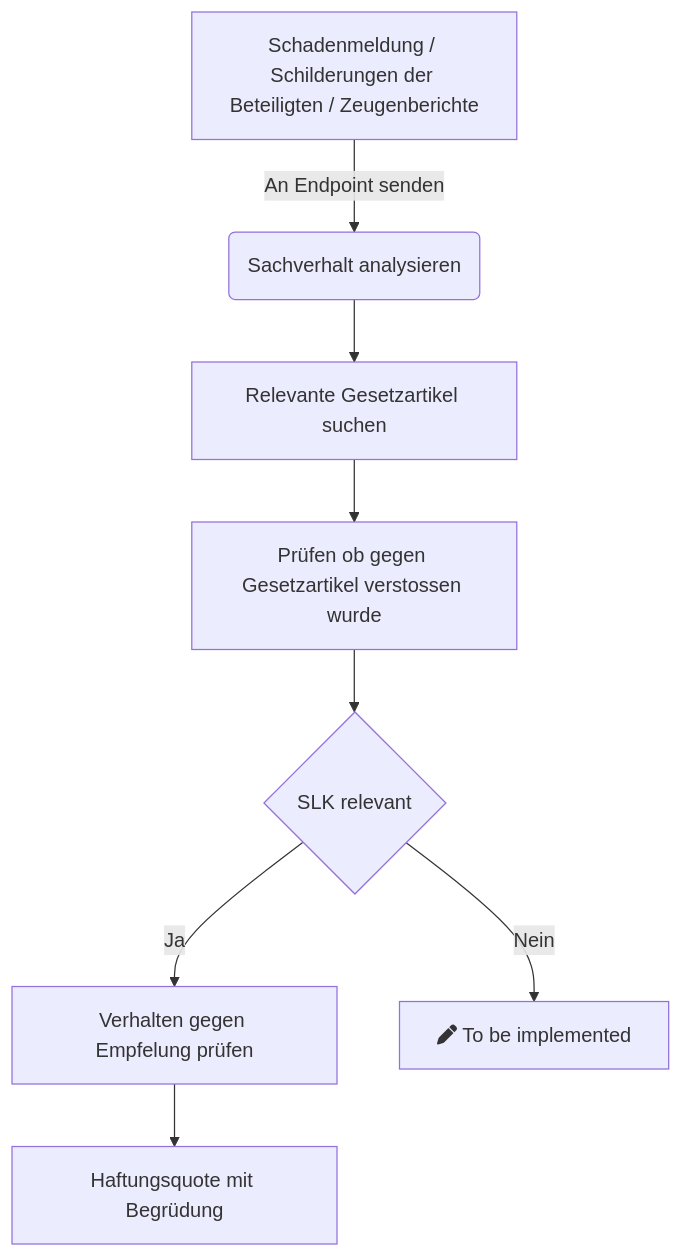
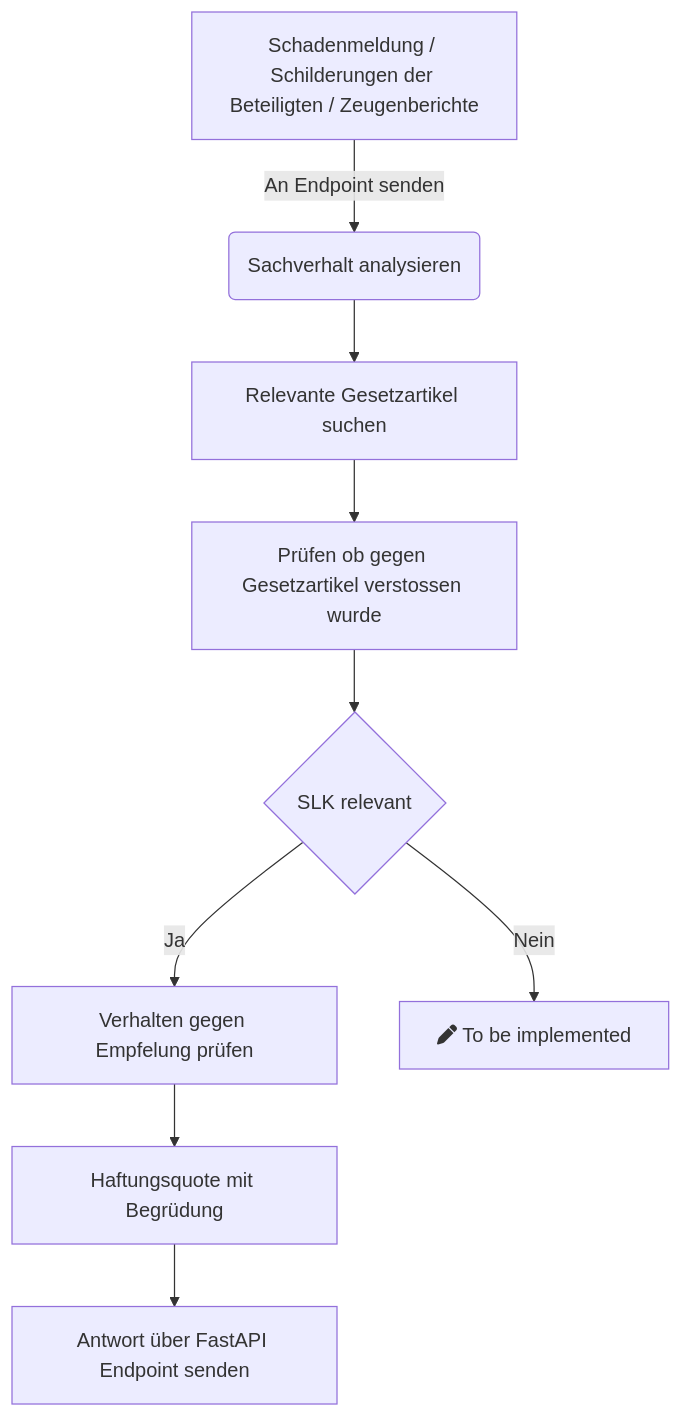
The diagram in README.md (eglisi1/axa_hackathon), drawn with Mermaid before and after one commit. The commit also changed other lines of this file, not shown here.

````diff
--- a/README.md
+++ b/README.md
@@ -27,10 +36,11 @@
 ```mermaid
 flowchart TD
     A[Schadenmeldung / Schilderungen der Beteiligten / Zeugenberichte] -->|An Endpoint senden| B(Sachverhalt analysieren)
     B --> C[Relevante Gesetzartikel suchen]
     C --> D[Prüfen ob gegen Gesetzartikel verstossen wurde]
     D --> E{SLK relevant}
     E -->|Ja| F[Verhalten gegen Empfelung prüfen]
     F --> G[Haftungsquote mit Begrüdung]
+    G --> I[Antwort über FastAPI Endpoint senden]
     E -->|Nein| H[fa:fa-pen To be implemented]
 ```
````
